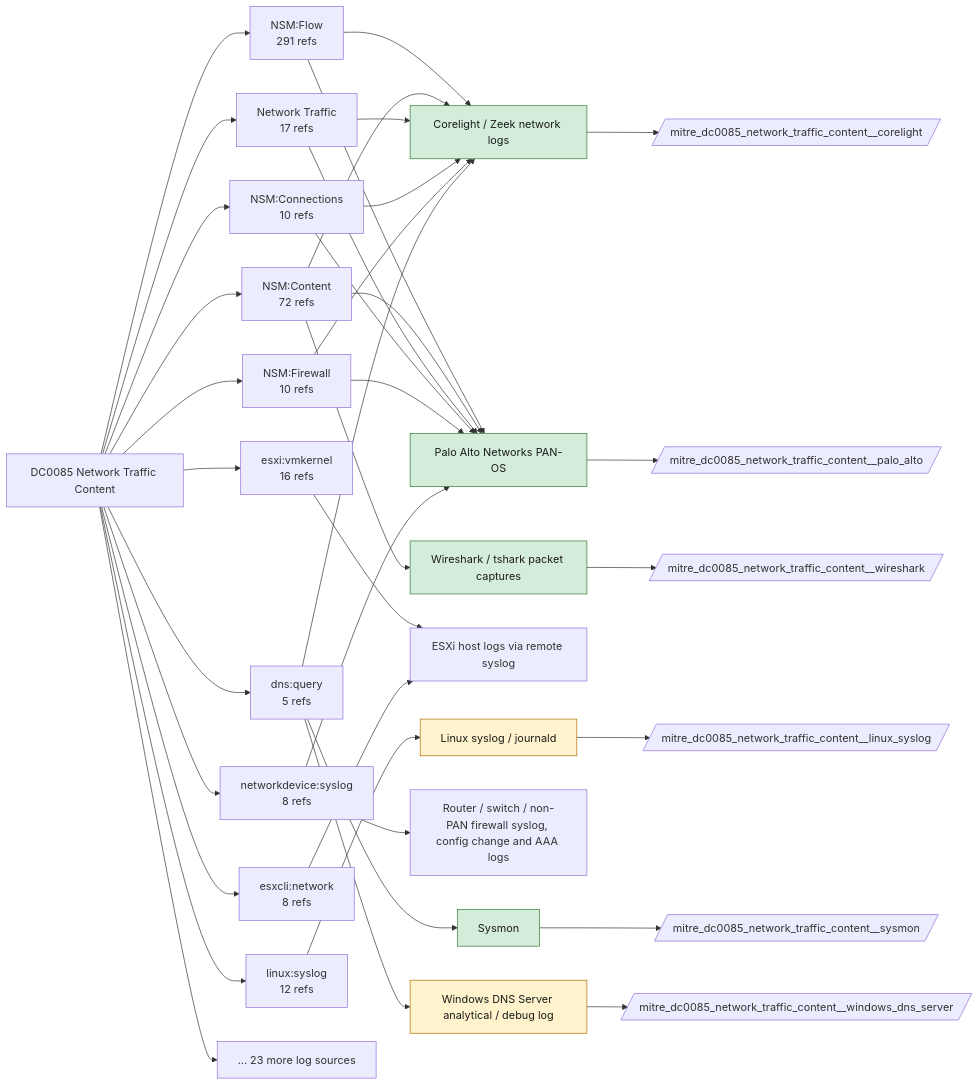
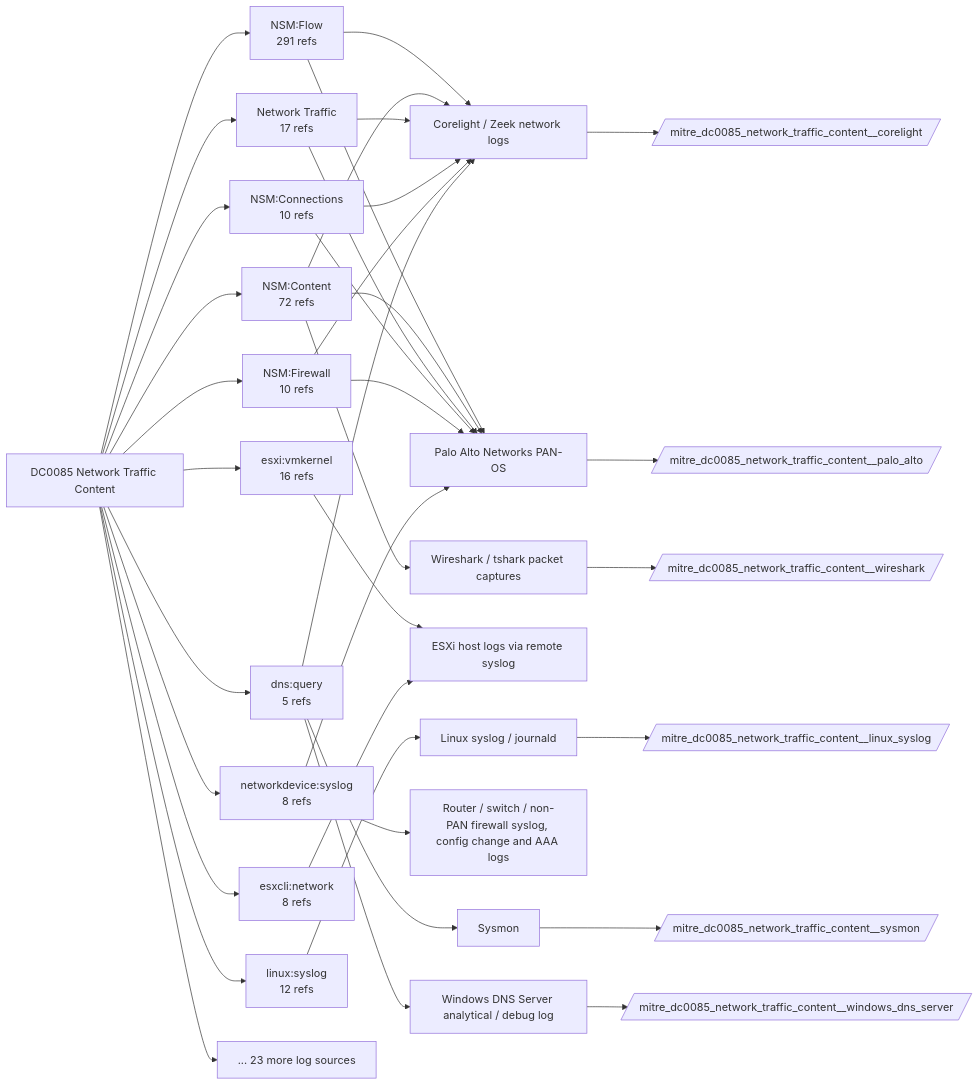
One commit to dev-nobytes-io/mitre-defensive-mappings-spl changed the diagram in docs/data-components/DC0085-network-traffic-content.md. Above: the diagram before and after it, drawn with Mermaid. The commit also changed other lines of this file and 366 other files, not shown here.

````diff
--- a/docs/data-components/DC0085-network-traffic-content.md
+++ b/docs/data-components/DC0085-network-traffic-content.md
@@ -19,56 +19,48 @@
 ```mermaid
 flowchart LR
   DC["DC0085 Network Traffic Content"]
   DC --> LS0["NSM:Flow<br/>291 refs"]
   F_corelight["Corelight / Zeek network logs"]
   LS0 --> F_corelight
   F_palo_alto["Palo Alto Networks PAN-OS"]
   LS0 --> F_palo_alto
   DC --> LS1["NSM:Content<br/>72 refs"]
   LS1 --> F_corelight
   LS1 --> F_palo_alto
   F_wireshark["Wireshark / tshark packet captures"]
   LS1 --> F_wireshark
   DC --> LS2["Network Traffic<br/>17 refs"]
   LS2 --> F_corelight
   LS2 --> F_palo_alto
   DC --> LS3["esxi:vmkernel<br/>16 refs"]
   F_esxi_syslog["ESXi host logs via remote syslog"]
   LS3 --> F_esxi_syslog
   DC --> LS4["linux:syslog<br/>12 refs"]
   F_linux_syslog["Linux syslog / journald"]
   LS4 --> F_linux_syslog
   DC --> LS5["NSM:Connections<br/>10 refs"]
   LS5 --> F_corelight
   LS5 --> F_palo_alto
   DC --> LS6["NSM:Firewall<br/>10 refs"]
   LS6 --> F_palo_alto
   LS6 --> F_corelight
   DC --> LS7["esxcli:network<br/>8 refs"]
   LS7 --> F_esxi_syslog
   DC --> LS8["networkdevice:syslog<br/>8 refs"]
   LS8 --> F_palo_alto
   F_netdev_syslog["Router / switch / non-PAN firewall syslog, config change and AAA logs"]
   LS8 --> F_netdev_syslog
   DC --> LS9["dns:query<br/>5 refs"]
   F_sysmon["Sysmon"]
   LS9 --> F_sysmon
   F_windows_dns_server["Windows DNS Server analytical / debug log"]
   LS9 --> F_windows_dns_server
   LS9 --> F_corelight
   DC --> MORE["... 23 more log sources"]
   F_corelight --> ET_corelight[/"mitre_dc0085_network_traffic_content__corelight"/]
-  class F_corelight live
+  F_linux_syslog --> ET_linux_syslog[/"mitre_dc0085_network_traffic_content__linux_syslog"/]
   F_palo_alto --> ET_palo_alto[/"mitre_dc0085_network_traffic_content__palo_alto"/]
-  class F_palo_alto live
   F_sysmon --> ET_sysmon[/"mitre_dc0085_network_traffic_content__sysmon"/]
-  class F_sysmon live
+  F_windows_dns_server --> ET_windows_dns_server[/"mitre_dc0085_network_traffic_content__windows_dns_server"/]
   F_wireshark --> ET_wireshark[/"mitre_dc0085_network_traffic_content__wireshark"/]
-  class F_wireshark live
-  F_linux_syslog --> ET_linux_syslog[/"mitre_dc0085_network_traffic_content__linux_syslog"/]
-  class F_linux_syslog ready
-  F_windows_dns_server --> ET_windows_dns_server[/"mitre_dc0085_network_traffic_content__windows_dns_server"/]
-  class F_windows_dns_server ready
-  classDef live fill:#d4edda,stroke:#2e7d32,color:#1b1b1b
-  classDef ready fill:#fff3cd,stroke:#b26a00,color:#1b1b1b
 ```
````
